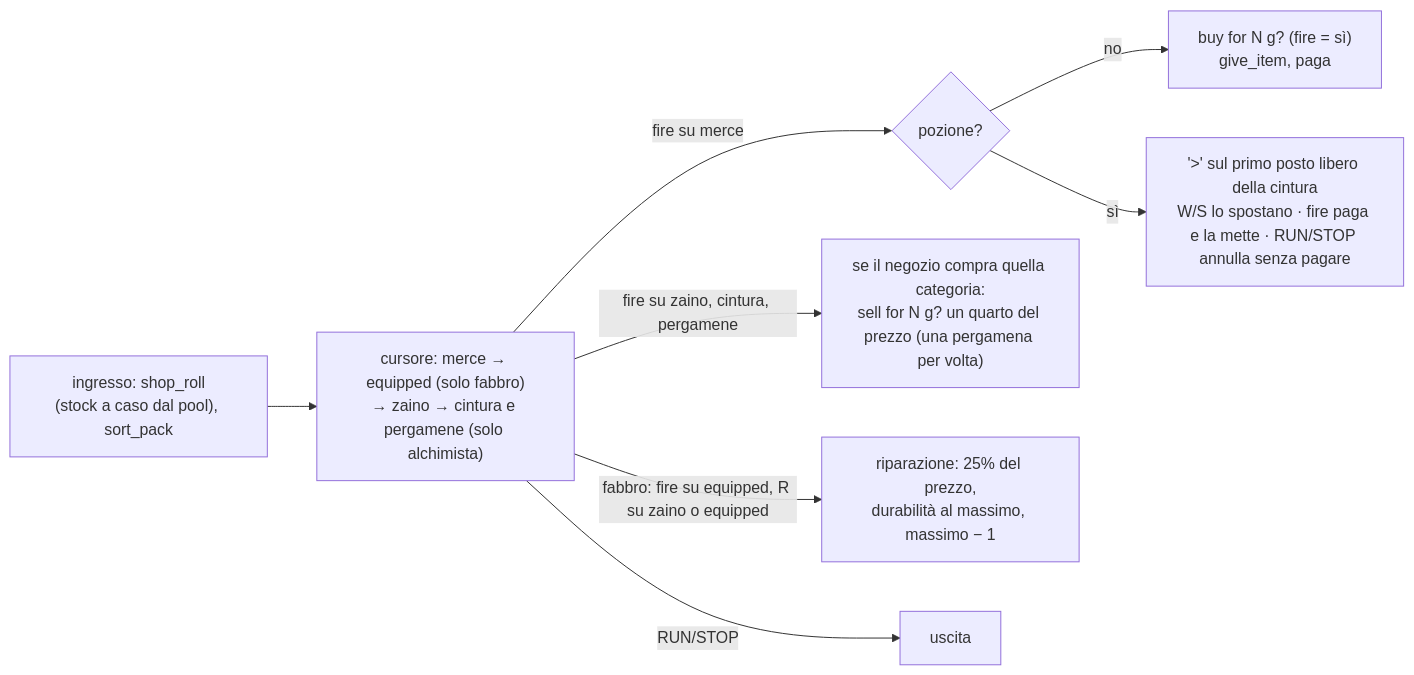
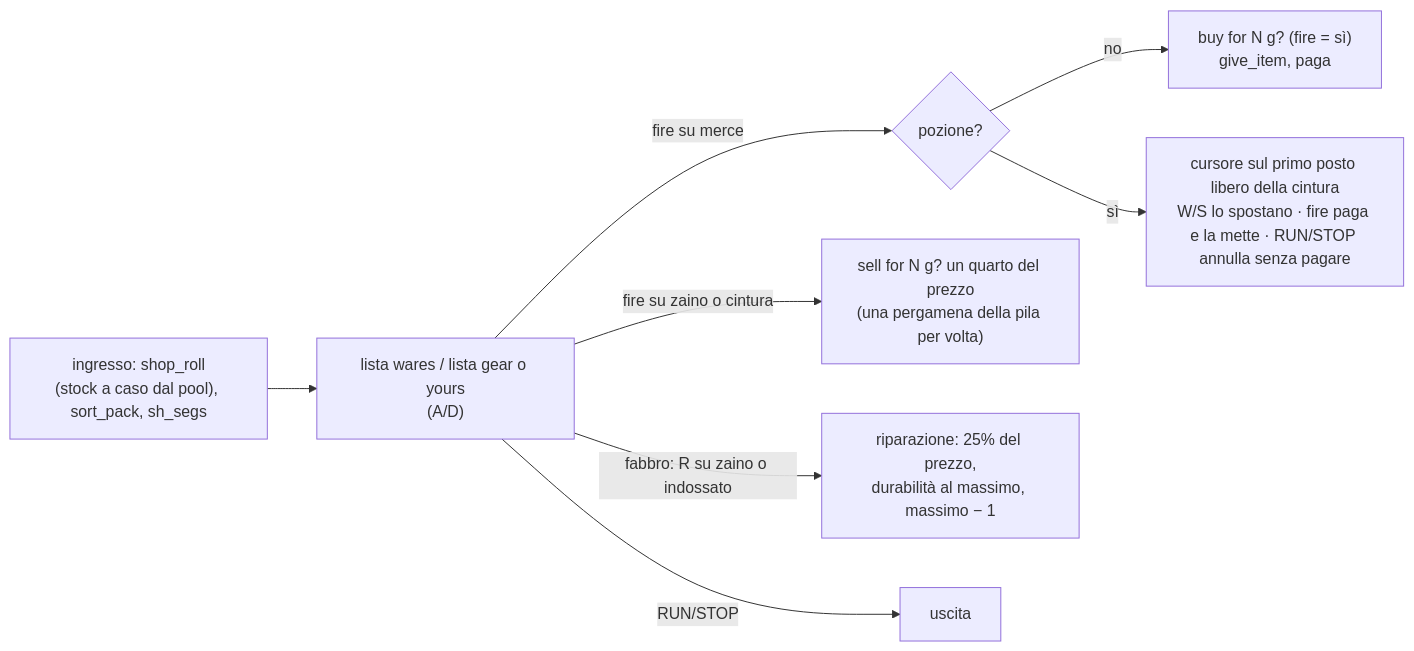
The second of 2 diagrams in docs/wiki/villaggio.md (caporalesimone/barbarian-the-blood-path), drawn with Mermaid before and after one commit. The commit also changed other lines of this file and 31 other files, not shown here.

````diff
--- a/docs/wiki/villaggio.md
+++ b/docs/wiki/villaggio.md
@@ -273,10 +279,10 @@
 ```mermaid
 flowchart LR
-    E["ingresso: shop_roll<br/>(stock a caso dal pool), sort_pack"] --> N["cursore: merce → equipped (solo fabbro)<br/>→ zaino → cintura e pergamene (solo alchimista)"]
+    E["ingresso: shop_roll<br/>(stock a caso dal pool), sort_pack, sh_segs"] --> N["lista wares / lista gear o yours<br/>(A/D)"]
     N -->|"fire su merce"| BUY{"pozione?"}
     BUY -->|no| ASK["buy for N g? (fire = sì)<br/>give_item, paga"]
-    BUY -->|sì| SLOT["'>' sul primo posto libero della cintura<br/>W/S lo spostano · fire paga e la mette · RUN/STOP annulla senza pagare"]
-    N -->|"fire su zaino, cintura, pergamene"| SELL["se il negozio compra quella categoria:<br/>sell for N g? un quarto del prezzo (una pergamena per volta)"]
-    N -->|"fabbro: fire su equipped, R su zaino o equipped"| REP["riparazione: 25% del prezzo,<br/>durabilità al massimo, massimo − 1"]
+    BUY -->|sì| SLOT["cursore sul primo posto libero della cintura<br/>W/S lo spostano · fire paga e la mette · RUN/STOP annulla senza pagare"]
+    N -->|"fire su zaino o cintura"| SELL["sell for N g? un quarto del prezzo<br/>(una pergamena della pila per volta)"]
+    N -->|"fabbro: R su zaino o indossato"| REP["riparazione: 25% del prezzo,<br/>durabilità al massimo, massimo − 1"]
     N -->|RUN/STOP| X["uscita"]
 ```
````
